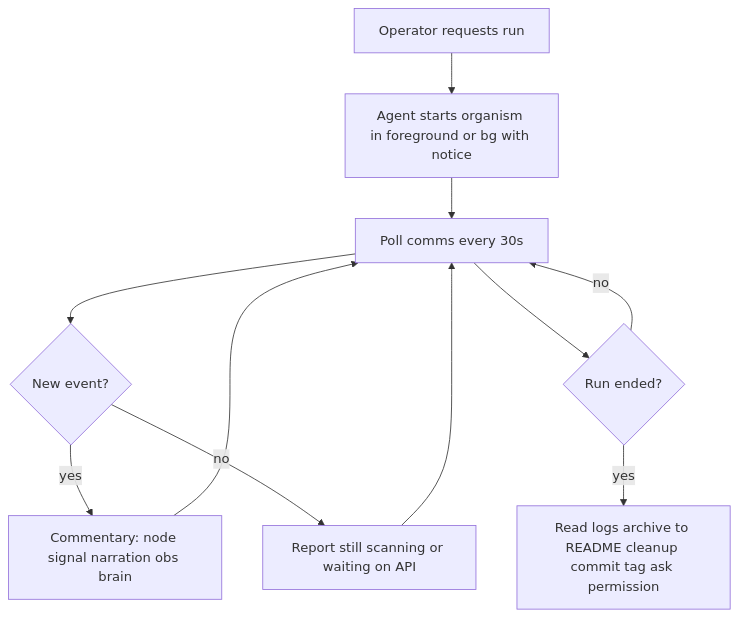
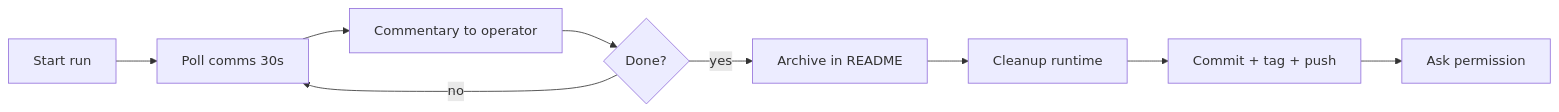
Before and after one commit to wgabrys88/endgame-ai: the fourth of 5 diagrams in README.md, drawn with Mermaid. The commit also changed other lines of this file, not shown here.

Commit message:
docs: README from zero — survey-loop-complete results and current roadmap

````diff
--- a/README.md
+++ b/README.md
@@ -180,13 +238,11 @@
 ```mermaid
-flowchart TD
-    A[Operator requests run] --> B[Agent starts organism in foreground or bg with notice]
-    B --> C[Poll comms every 30s]
-    C --> D{New event?}
-    D -->|yes| E[Commentary: node signal narration obs brain]
-    D -->|no| F[Report still scanning or waiting on API]
-    E --> C
-    F --> C
-    C --> G{Run ended?}
-    G -->|no| C
-    G -->|yes| H[Read logs archive to README cleanup commit tag ask permission]
+flowchart LR
+    A[Start run] --> B[Poll comms 30s]
+    B --> C[Commentary to operator]
+    C --> D{Done?}
+    D -->|no| B
+    D -->|yes| E[Archive in README]
+    E --> F[Cleanup runtime]
+    F --> G[Commit + tag + push]
+    G --> H[Ask permission]
 ```
````
